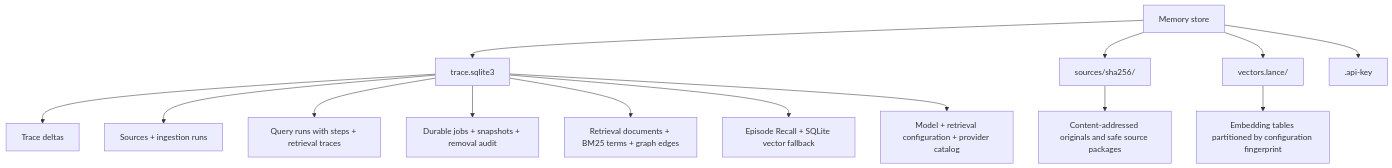
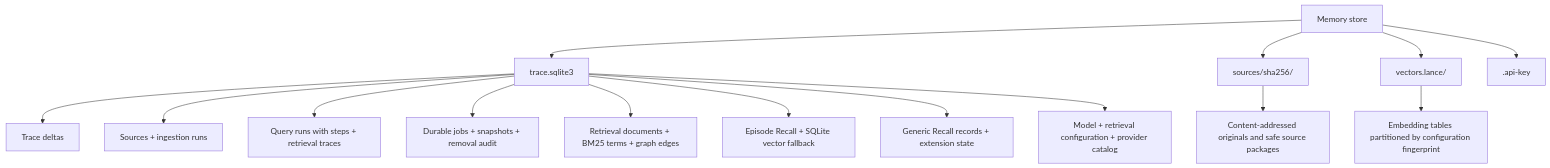
Before and after one commit to shanmukh05/trisynapse-memory: diagram 13 of 13 in docs/architecture.md, drawn with Mermaid. The commit also changed other lines of this file and 25 other files, not shown here.

````diff
--- a/docs/architecture.md
+++ b/docs/architecture.md
@@ -587,16 +625,17 @@
 ```mermaid
 flowchart TD
     ROOT["Memory store"] --> DB["trace.sqlite3"]
     ROOT --> SRC["sources/sha256/"]
     ROOT --> VC["vectors.lance/"]
     ROOT --> KEY[".api-key"]
     DB --> D["Trace deltas"]
     DB --> M["Sources + ingestion runs"]
     DB --> Q["Query runs with steps + retrieval traces"]
     DB --> J["Durable jobs + snapshots + removal audit"]
     DB --> R["Retrieval documents + BM25 terms + graph edges"]
     DB --> RC["Episode Recall + SQLite vector fallback"]
+    DB --> EX["Generic Recall records + extension state"]
     DB --> CFG["Model + retrieval configuration + provider catalog"]
     SRC --> O["Content-addressed originals and safe source packages"]
     VC --> V["Embedding tables partitioned by configuration fingerprint"]
 ```
````
